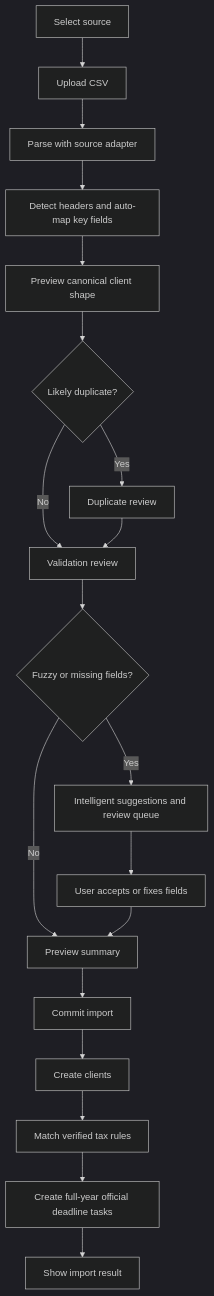
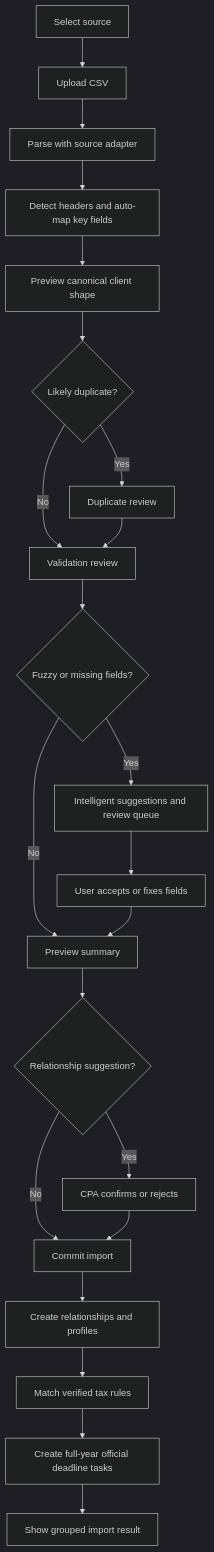
The diagram in specs/csv-imports.md (Yessenia-d/DueDateHQ), drawn with Mermaid (dark theme) before and after one commit. The commit also changed other lines of this file and 26 other files, not shown here.

````diff
--- a/specs/csv-imports.md
+++ b/specs/csv-imports.md
@@ -24,21 +25,24 @@
 ```mermaid
 flowchart TD
   A[Select source] --> B[Upload CSV]
   B --> C[Parse with source adapter]
   C --> D[Detect headers and auto-map key fields]
   D --> E[Preview canonical client shape]
   E --> N{Likely duplicate?}
   N -- Yes --> O[Duplicate review]
   N -- No --> P[Validation review]
   O --> P
   P --> Q{Fuzzy or missing fields?}
   Q -- Yes --> F[Intelligent suggestions and review queue]
   F --> G[User accepts or fixes fields]
   Q -- No --> H[Preview summary]
   G --> H
-  H --> I[Commit import]
-  I --> J[Create clients]
+  H --> R{Relationship suggestion?}
+  R -- Yes --> S[CPA confirms or rejects]
+  R -- No --> I[Commit import]
+  S --> I
+  I --> J[Create relationships and profiles]
   J --> K[Match verified tax rules]
   K --> L[Create full-year official deadline tasks]
-  L --> M[Show import result]
+  L --> M[Show grouped import result]
 ```
````
